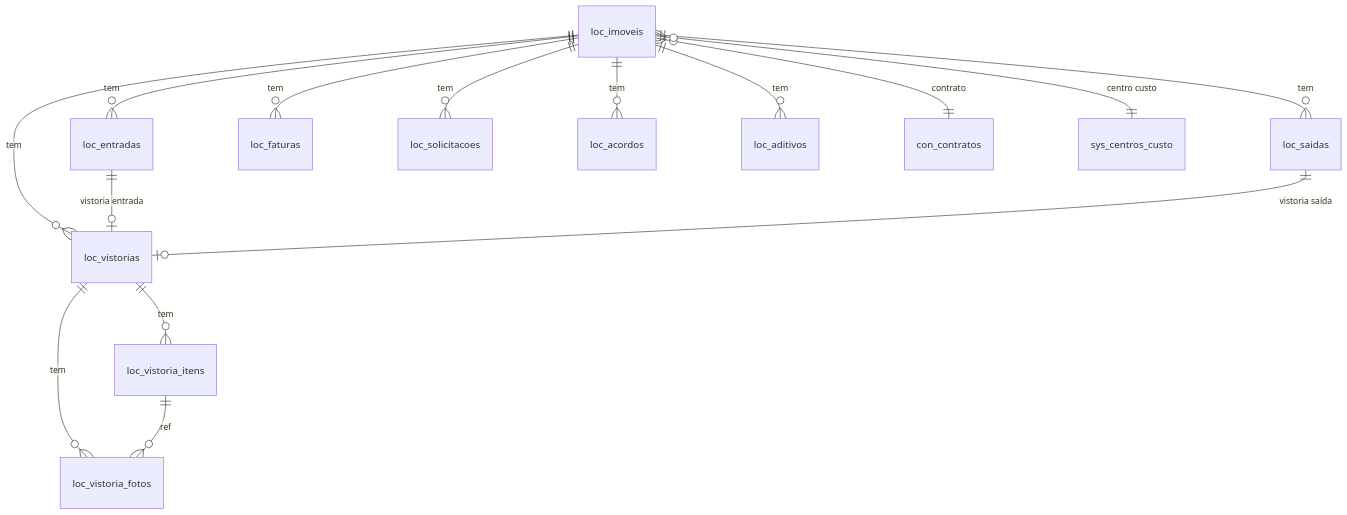
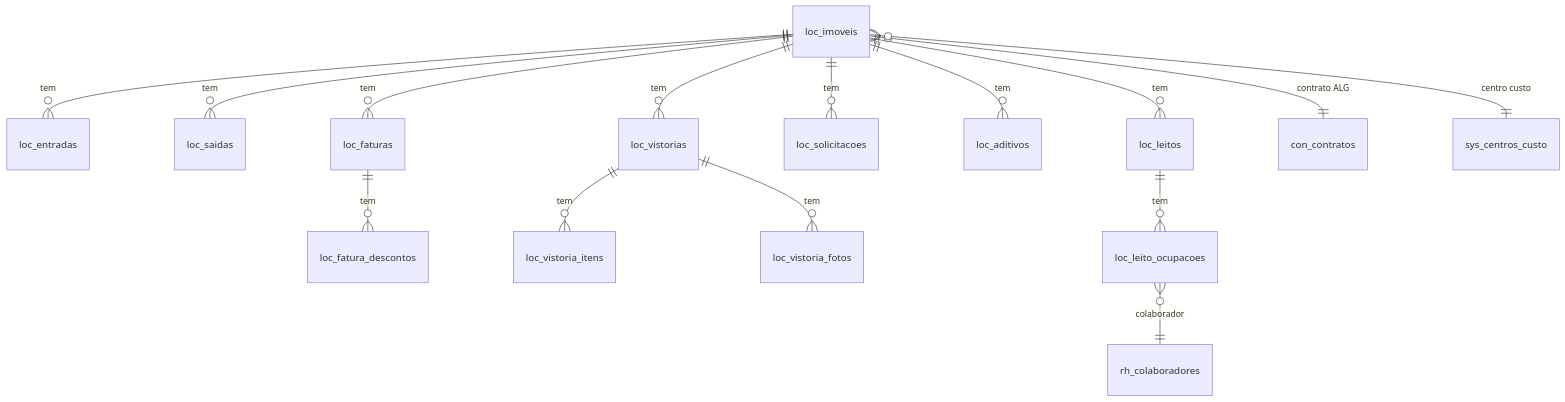
One commit to leandroteg/teg-plus changed the third of 3 diagrams in docs/obsidian/34 - Módulo Locação.md. Above: the diagram before and after it, drawn with Mermaid. The commit also changed other lines of this file and 1 other file, not shown here.

Commit message:
docs(obsidian): atualiza Locacao (leitos/mapa/novo-imovel/rotas plural) e SGI (PDCA/documentos/objetivos-metas) — schema real Jul 2026

````diff
--- a/docs/obsidian/34 - Módulo Locação.md
+++ b/docs/obsidian/34 - Módulo Locação.md
@@ -281,17 +283,17 @@
 ```mermaid
 erDiagram
     loc_imoveis ||--o{ loc_entradas : "tem"
     loc_imoveis ||--o{ loc_saidas : "tem"
     loc_imoveis ||--o{ loc_vistorias : "tem"
     loc_imoveis ||--o{ loc_faturas : "tem"
     loc_imoveis ||--o{ loc_solicitacoes : "tem"
-    loc_imoveis ||--o{ loc_acordos : "tem"
     loc_imoveis ||--o{ loc_aditivos : "tem"
+    loc_imoveis ||--o{ loc_leitos : "tem"
+    loc_faturas ||--o{ loc_fatura_descontos : "tem"
     loc_vistorias ||--o{ loc_vistoria_itens : "tem"
     loc_vistorias ||--o{ loc_vistoria_fotos : "tem"
-    loc_vistoria_itens ||--o{ loc_vistoria_fotos : "ref"
-    loc_entradas ||--o| loc_vistorias : "vistoria entrada"
-    loc_saidas ||--o| loc_vistorias : "vistoria saída"
-    loc_imoveis }o--|| con_contratos : "contrato"
+    loc_leitos ||--o{ loc_leito_ocupacoes : "tem"
+    loc_imoveis }o--|| con_contratos : "contrato ALG"
     loc_imoveis }o--|| sys_centros_custo : "centro custo"
+    loc_leito_ocupacoes }o--|| rh_colaboradores : "colaborador"
 ```
````
